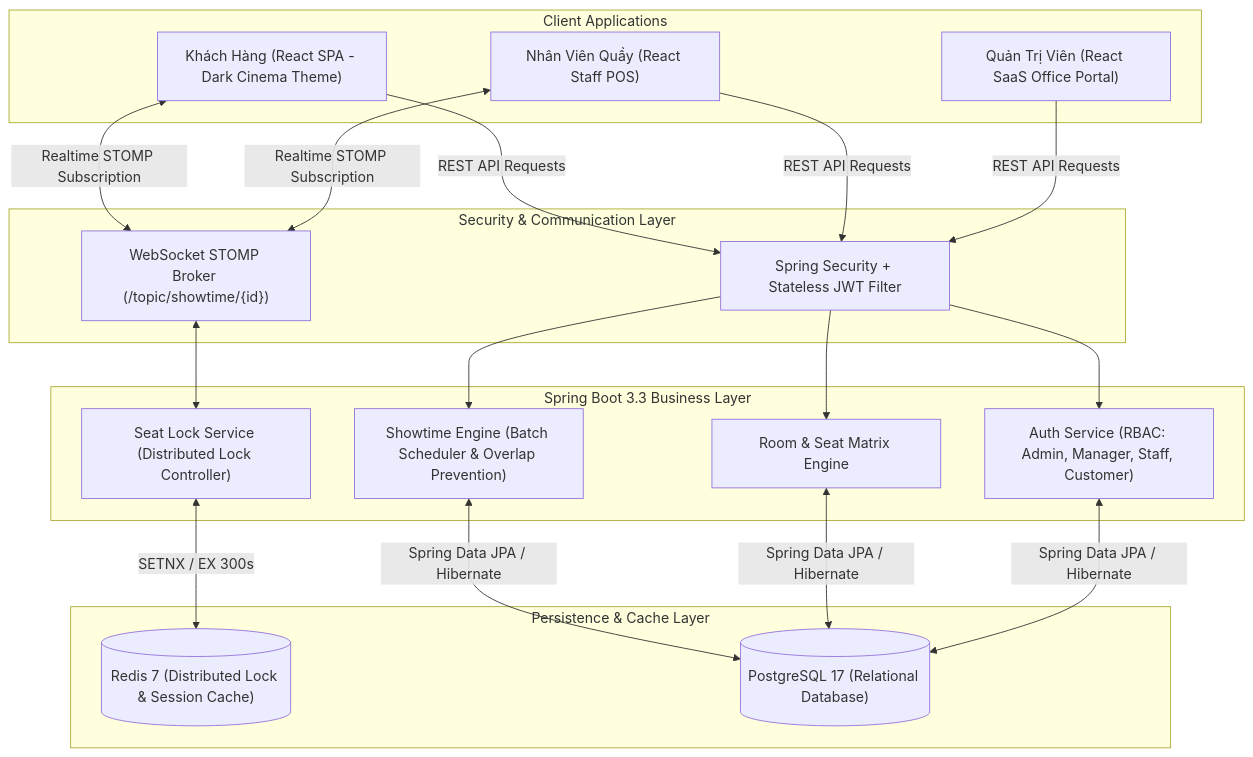
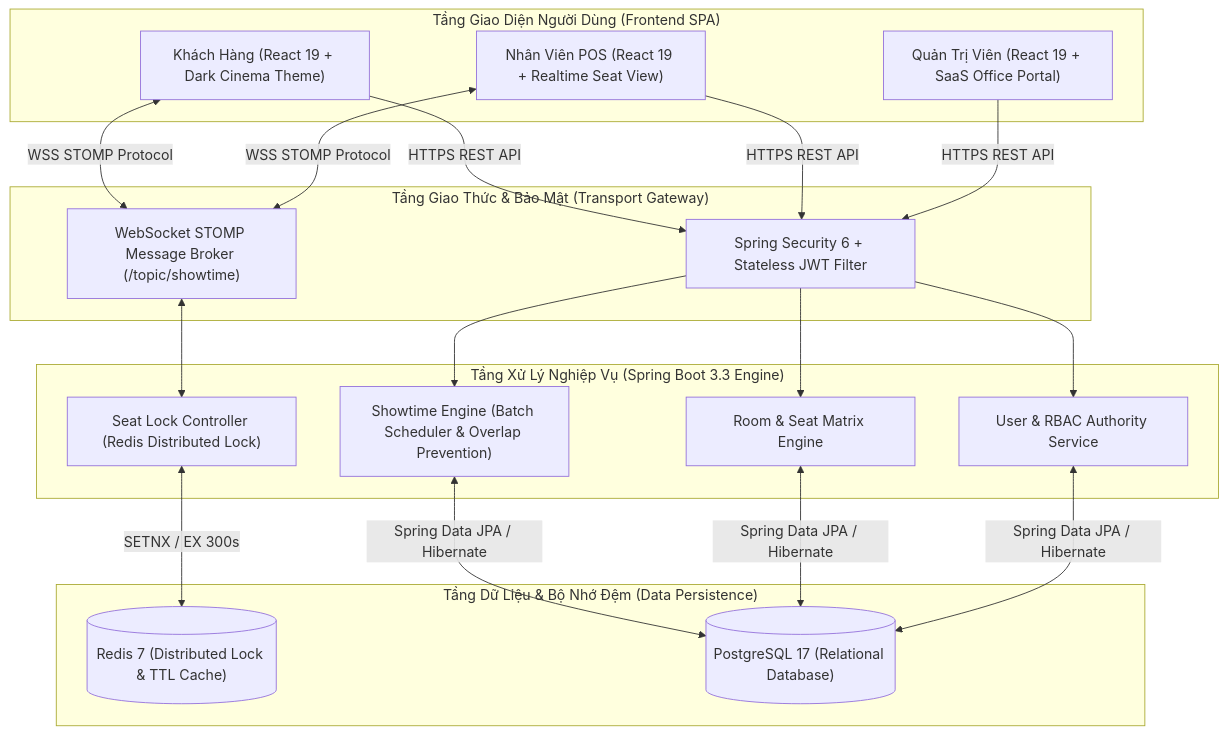
One commit to KhacToanNguyen-23/cinema-web-app changed the second of 2 diagrams in README.md. Above: the diagram before and after it, drawn with Mermaid. The commit also changed other lines of this file and 2 other files, not shown here.

````diff
--- a/README.md
+++ b/README.md
@@ -42,34 +120,34 @@
 ```mermaid
 flowchart TD
-    subgraph ClientLayer ["Client Applications"]
-        WEB["Khách Hàng (React SPA - Dark Cinema Theme)"]
-        POS["Nhân Viên Quầy (React Staff POS)"]
-        ADMIN_UI["Quản Trị Viên (React SaaS Office Portal)"]
+    subgraph ClientApp ["Tầng Giao Diện Người Dùng (Frontend SPA)"]
+        CLIENT["Khách Hàng (React 19 + Dark Cinema Theme)"]
+        POS_UI["Nhân Viên POS (React 19 + Realtime Seat View)"]
+        PORTAL["Quản Trị Viên (React 19 + SaaS Office Portal)"]
     end
 
-    subgraph GatewayAuth ["Security & Communication Layer"]
-        JWT["Spring Security + Stateless JWT Filter"]
-        WS_GATEWAY["WebSocket STOMP Broker (/topic/showtime/{id})"]
+    subgraph TransportGate ["Tầng Giao Thức & Bảo Mật (Transport Gateway)"]
+        AUTH_GATE["Spring Security 6 + Stateless JWT Filter"]
+        STOMP_GATE["WebSocket STOMP Message Broker (/topic/showtime)"]
     end
 
-    subgraph BackendServices ["Spring Boot 3.3 Business Layer"]
-        AUTH_SVC["Auth Service (RBAC: Admin, Manager, Staff, Customer)"]
-        SHOWTIME_SVC["Showtime Engine (Batch Scheduler & Overlap Prevention)"]
-        LOCK_SVC["Seat Lock Service (Distributed Lock Controller)"]
-        ROOM_SVC["Room & Seat Matrix Engine"]
+    subgraph CoreEngine ["Tầng Xử Lý Nghiệp Vụ (Spring Boot 3.3 Engine)"]
+        SHOWTIME_CORE["Showtime Engine (Batch Scheduler & Overlap Prevention)"]
+        LOCK_CORE["Seat Lock Controller (Redis Distributed Lock)"]
+        ROOM_CORE["Room & Seat Matrix Engine"]
+        USER_CORE["User & RBAC Authority Service"]
     end
 
-    subgraph DataStorage ["Persistence & Cache Layer"]
-        REDIS[("Redis 7 (Distributed Lock & Session Cache)")]
-        POSTGRES[("PostgreSQL 17 (Relational Database)")]
+    subgraph DataStore ["Tầng Dữ Liệu & Bộ Nhớ Đệm (Data Persistence)"]
+        REDIS_CACHE[("Redis 7 (Distributed Lock & TTL Cache)")]
+        POSTGRES_DB[("PostgreSQL 17 (Relational Database)")]
     end
 
-    WEB & POS & ADMIN_UI -->|REST API Requests| JWT
-    WEB & POS <-->|Realtime STOMP Subscription| WS_GATEWAY
+    CLIENT & POS_UI & PORTAL -->|HTTPS REST API| AUTH_GATE
+    CLIENT & POS_UI <-->|WSS STOMP Protocol| STOMP_GATE
     
-    JWT --> AUTH_SVC & SHOWTIME_SVC & ROOM_SVC
-    WS_GATEWAY <--> LOCK_SVC
+    AUTH_GATE --> SHOWTIME_CORE & ROOM_CORE & USER_CORE
+    STOMP_GATE <--> LOCK_CORE
     
-    LOCK_SVC <-->|SETNX / EX 300s| REDIS
-    SHOWTIME_SVC & ROOM_SVC & AUTH_SVC <-->|Spring Data JPA / Hibernate| POSTGRES
+    LOCK_CORE <-->|SETNX / EX 300s| REDIS_CACHE
+    SHOWTIME_CORE & ROOM_CORE & USER_CORE <-->|Spring Data JPA / Hibernate| POSTGRES_DB
 ```
````
